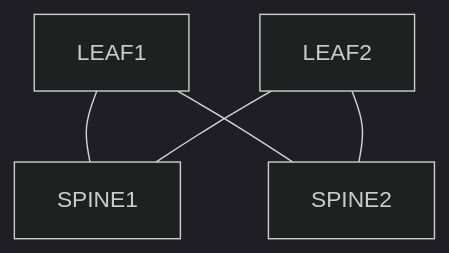
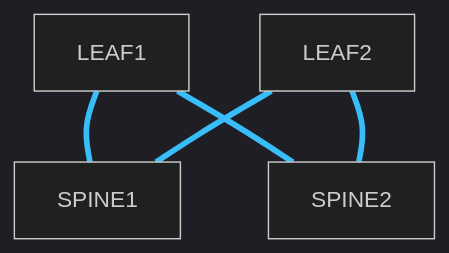
One commit to Haren-Sah/netbox-fabric-automation changed the diagram in docs/topology.mmd. Above: the diagram before and after it, drawn with Mermaid (dark theme).

```diff
--- a/docs/topology.mmd
+++ b/docs/topology.mmd
@@ -1,6 +1,7 @@
 graph TD
+    LEAF1 --- SPINE1
+    LEAF1 --- SPINE2
+    LEAF2 --- SPINE1
+    LEAF2 --- SPINE2
 
-LEAF1 --- SPINE1
-LEAF1 --- SPINE2
-LEAF2 --- SPINE1
-LEAF2 --- SPINE2
+    linkStyle 0,1,2,3 stroke:#38bdf8,stroke-width:4px;
```
